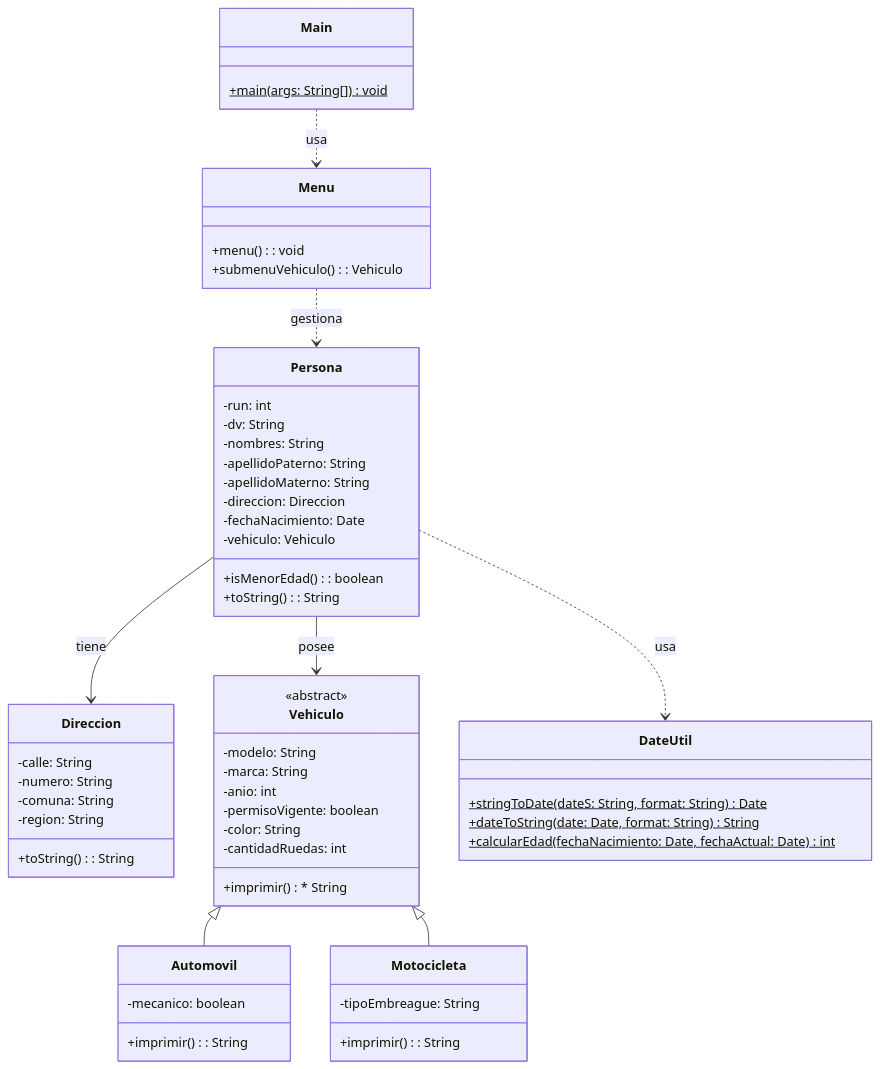
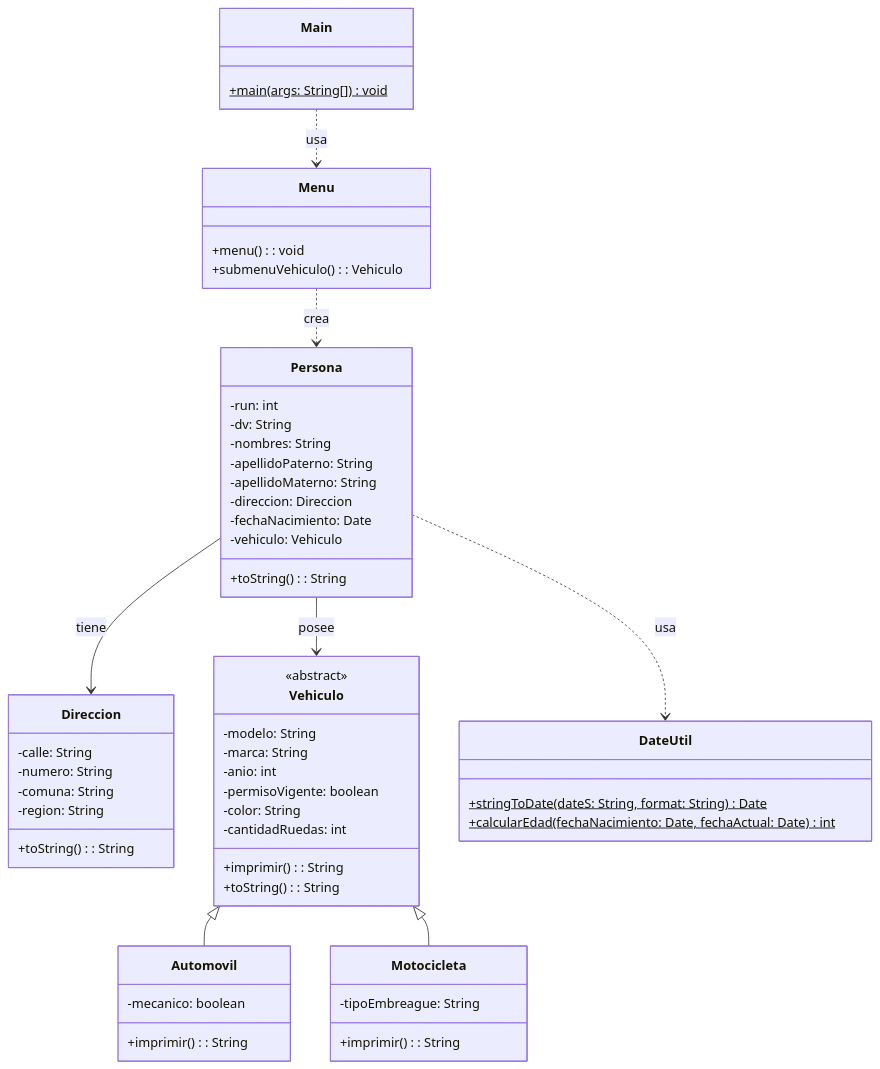
Before and after one commit to elprofecarreno/poo-fundaments: the diagram in 11/README.md, drawn with Mermaid. The commit also changed other lines of this file and 8 other files, not shown here.

````diff
--- a/11/README.md
+++ b/11/README.md
@@ -11,67 +11,66 @@
 ```mermaid
 classDiagram
     class Main {
         +main(args: String[])$ void
     }
 
     class Menu {
         +menu(): void
         +submenuVehiculo(): Vehiculo
     }
 
     class Persona {
         -run: int
         -dv: String
         -nombres: String
         -apellidoPaterno: String
         -apellidoMaterno: String
         -direccion: Direccion
         -fechaNacimiento: Date
         -vehiculo: Vehiculo
-        +isMenorEdad(): boolean
         +toString(): String
     }
 
     class Direccion {
         -calle: String
         -numero: String
         -comuna: String
         -region: String
         +toString(): String
     }
 
     class Vehiculo {
         <<abstract>>
         -modelo: String
         -marca: String
         -anio: int
         -permisoVigente: boolean
         -color: String
         -cantidadRuedas: int
-        +imprimir() * String
+        +imprimir(): String
+        +toString(): String
     }
 
     class Automovil {
         -mecanico: boolean
         +imprimir(): String
     }
 
     class Motocicleta {
         -tipoEmbreague: String
         +imprimir(): String
     }
 
     class DateUtil {
         +stringToDate(dateS: String, format: String)$ Date
-        +dateToString(date: Date, format: String)$ String
         +calcularEdad(fechaNacimiento: Date, fechaActual: Date)$ int
     }
 
     Vehiculo <|-- Automovil
     Vehiculo <|-- Motocicleta
     Persona --> Direccion : tiene
     Persona --> Vehiculo : posee
     Main ..> Menu : usa
-    Menu ..> Persona : gestiona
+    Menu ..> Persona : crea
     Persona ..> DateUtil : usa
 ```
````
